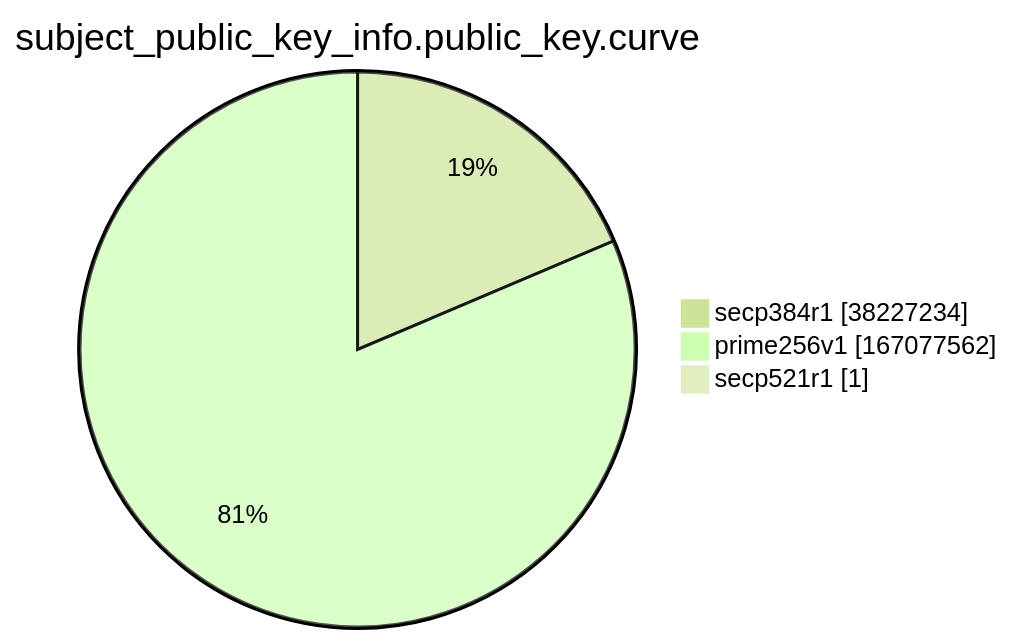
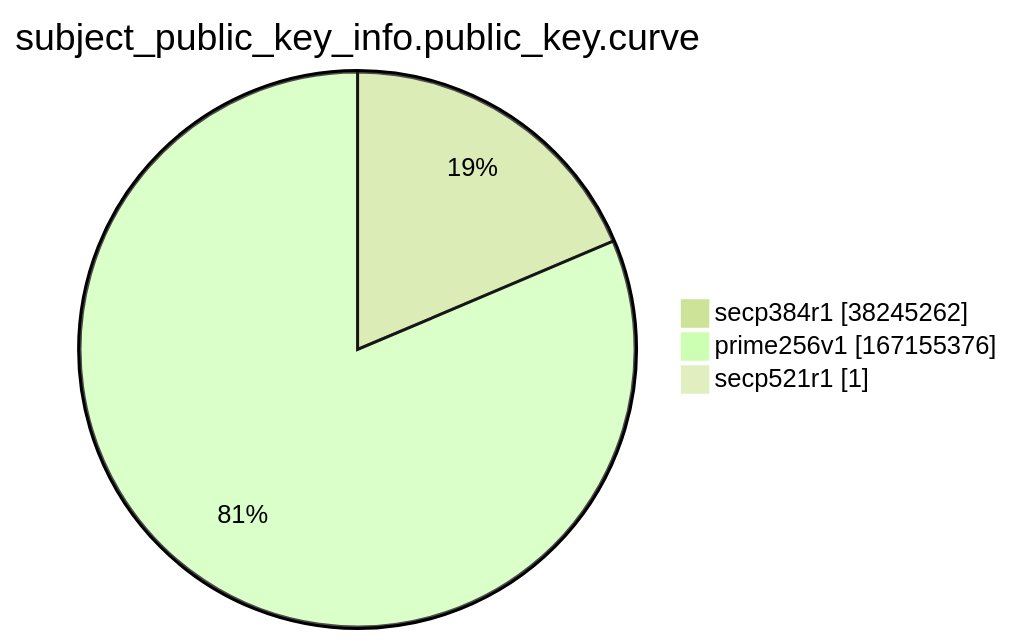
Before and after one commit to christiankrug/ctmonitor_visualization: the ninth of 15 diagrams in argon2022/README.md, drawn with Mermaid (forest theme). The commit also changed other lines of this file, not shown here.

````diff
--- a/argon2022/README.md
+++ b/argon2022/README.md
@@ -2766,7 +2766,7 @@
 ```mermaid
 pie showData
 title subject_public_key_info.public_key.curve
-"secp384r1" :38227234
-"prime256v1" :167077562
+"secp384r1" :38245262
+"prime256v1" :167155376
 "secp521r1" :1
 ```
````
